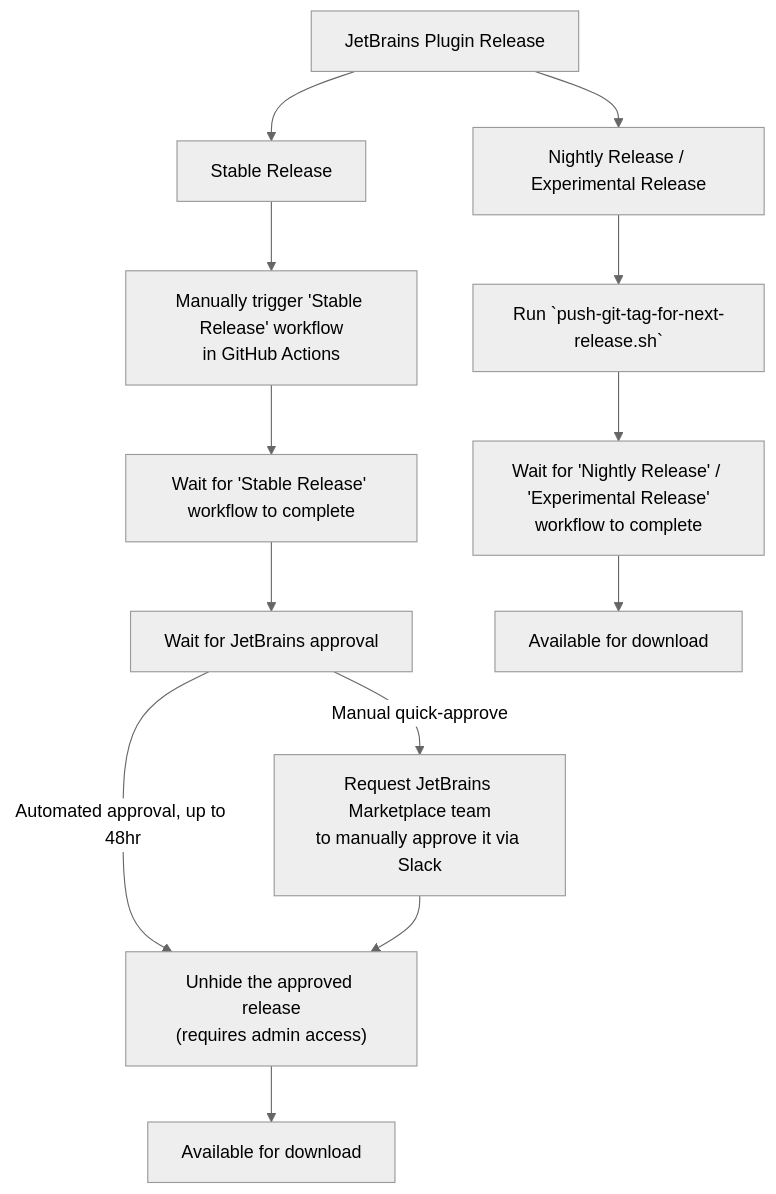
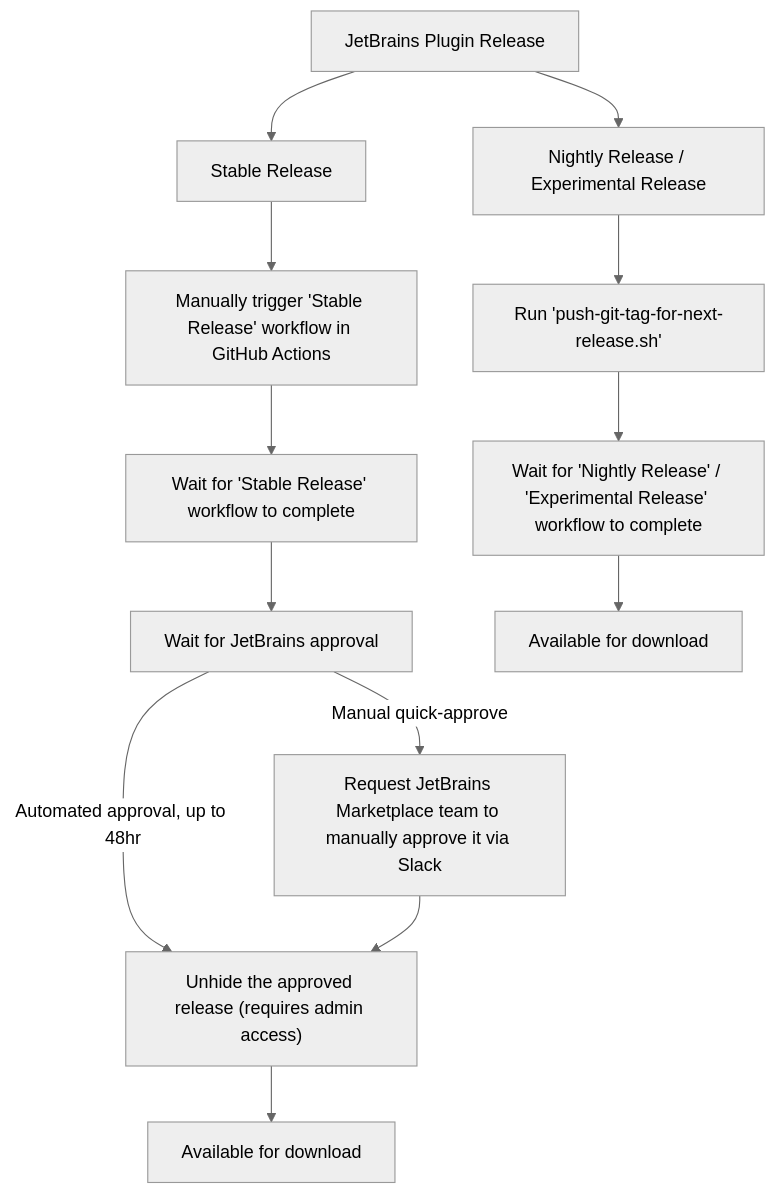
The diagram in CONTRIBUTING.md (sourcegraph/cody), drawn with Mermaid (neutral theme) before and after one commit. The commit also changed 6 other files, not shown here.

````diff
--- a/CONTRIBUTING.md
+++ b/CONTRIBUTING.md
@@ -192,15 +192,15 @@
 ```mermaid
 graph TD;
     Title --> nightly["Nightly Release / Experimental Release"];
     Title["JetBrains Plugin Release"] --> stable["Stable Release"];
-    stable -->  trigger_stable["Manually trigger 'Stable Release' workflow\nin GitHub Actions"];
+    stable -->  trigger_stable["Manually trigger 'Stable Release' workflow in GitHub Actions"];
     release_stable --> marketplace_approval["Wait for JetBrains approval"];
     marketplace_approval --> |Automated approval, up to 48hr| unhide["unhide"];
     unhide --> available_to_end_users_stable["Available for download"];
-    marketplace_approval --> |Manual quick-approve| slack_approval["Request JetBrains Marketplace team\nto manually approve it via Slack"];
-    slack_approval --> unhide["Unhide the approved release\n(requires admin access)"];
-    nightly --> push_tag["Run `push-git-tag-for-next-release.sh`"];
+    marketplace_approval --> |Manual quick-approve| slack_approval["Request JetBrains Marketplace team to manually approve it via Slack"];
+    slack_approval --> unhide["Unhide the approved release (requires admin access)"];
+    nightly --> push_tag["Run 'push-git-tag-for-next-release.sh'"];
     trigger_stable --> release_stable["Wait for 'Stable Release' workflow to complete"];
-    push_tag --> release_nightly["Wait for 'Nightly Release' / 'Experimental Release'\nworkflow to complete"];
+    push_tag --> release_nightly["Wait for 'Nightly Release' / 'Experimental Release' workflow to complete"];
     release_nightly --> available_to_end_users_nightly["Available for download"];
 ```
````
